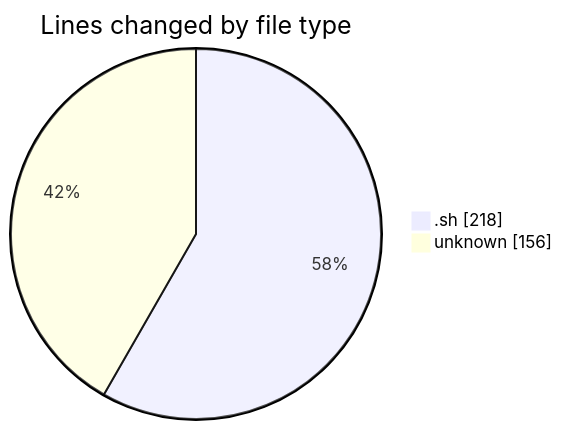
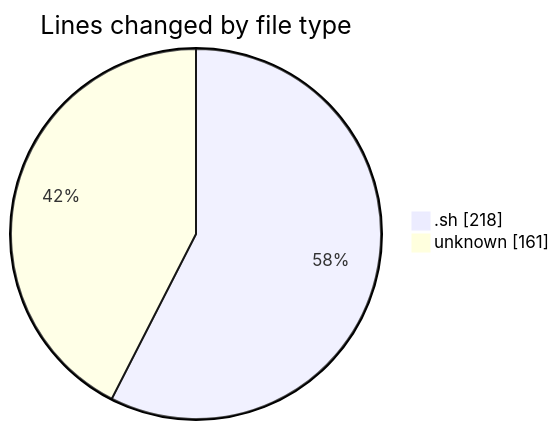
Before and after one commit to ricardozamudiocil/code-tracking: the first of 2 diagrams in 2026-03-30/scripts/README.md, drawn with Mermaid. The commit also changed other lines of this file and 1 other file, not shown here.

````diff
--- a/2026-03-30/scripts/README.md
+++ b/2026-03-30/scripts/README.md
@@ -23,6 +23,6 @@
 ```mermaid
 pie showData
 title Lines changed by file type
 ".sh" : 218
-"unknown" : 156
+"unknown" : 161
 ```
````
